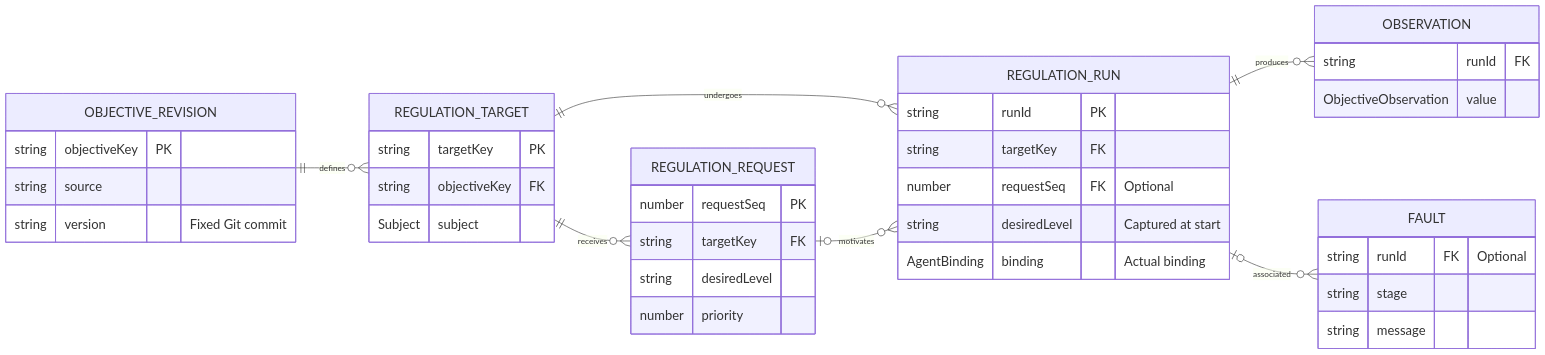
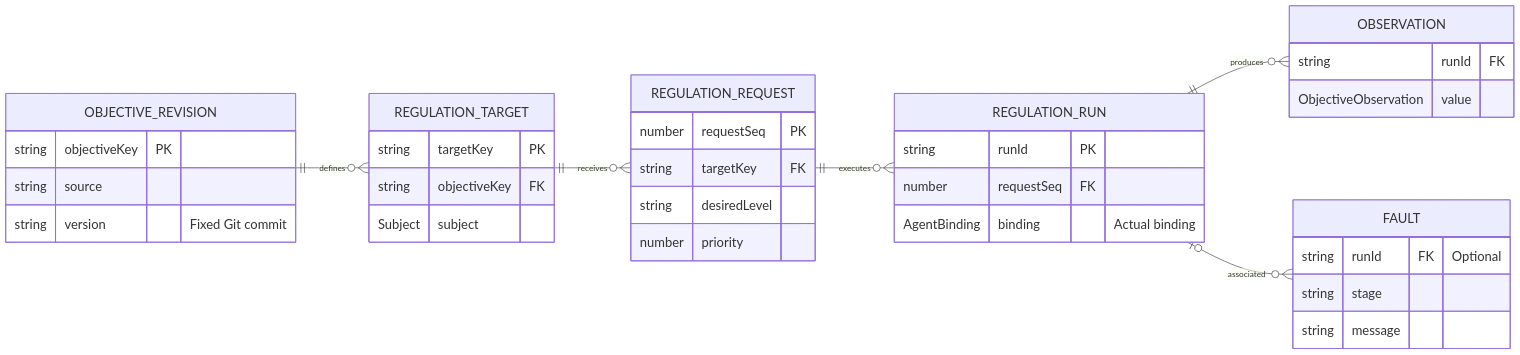
The first of 5 diagrams in .silvermoon/ideas/01M5E7N9F5Y0ZN1SYKDFYEVA20/outer/inner/ideal/Diagrams.md (shazhou-ww/potential-guide), drawn with Mermaid before and after one commit. The commit also changed other lines of this file and 9 other files, not shown here.

Commit message:
docs: require a request for every regulation run

````diff
--- a/.silvermoon/ideas/01M5E7N9F5Y0ZN1SYKDFYEVA20/outer/inner/ideal/Diagrams.md
+++ b/.silvermoon/ideas/01M5E7N9F5Y0ZN1SYKDFYEVA20/outer/inner/ideal/Diagrams.md
@@ -29,54 +29,51 @@
 ```mermaid
 ---
 config:
   fontFamily: Arial, Helvetica, sans-serif
   themeVariables:
     fontFamily: Arial, Helvetica, sans-serif
     fontSize: 22px
   er:
     minEntityWidth: 280
     entityPadding: 24
     diagramPadding: 24
 ---
 erDiagram
     direction LR
     OBJECTIVE_REVISION ||--o{ REGULATION_TARGET : defines
     REGULATION_TARGET ||--o{ REGULATION_REQUEST : receives
-    REGULATION_TARGET ||--o{ REGULATION_RUN : undergoes
-    REGULATION_REQUEST o|--o{ REGULATION_RUN : motivates
+    REGULATION_REQUEST ||--o{ REGULATION_RUN : executes
     REGULATION_RUN ||--o{ OBSERVATION : produces
     REGULATION_RUN o|--o{ FAULT : associated
 
     OBJECTIVE_REVISION {
         string objectiveKey PK
         string source
         string version "Fixed Git commit"
     }
     REGULATION_TARGET {
         string targetKey PK
         string objectiveKey FK
         Subject subject
     }
     REGULATION_REQUEST {
         number requestSeq PK
         string targetKey FK
         string desiredLevel
         number priority
     }
     REGULATION_RUN {
         string runId PK
-        string targetKey FK
-        number requestSeq FK "Optional"
-        string desiredLevel "Captured at start"
+        number requestSeq FK
         AgentBinding binding "Actual binding"
     }
     OBSERVATION {
         string runId FK
         ObjectiveObservation value
     }
     FAULT {
         string runId FK "Optional"
         string stage
         string message
     }
 ```
````
